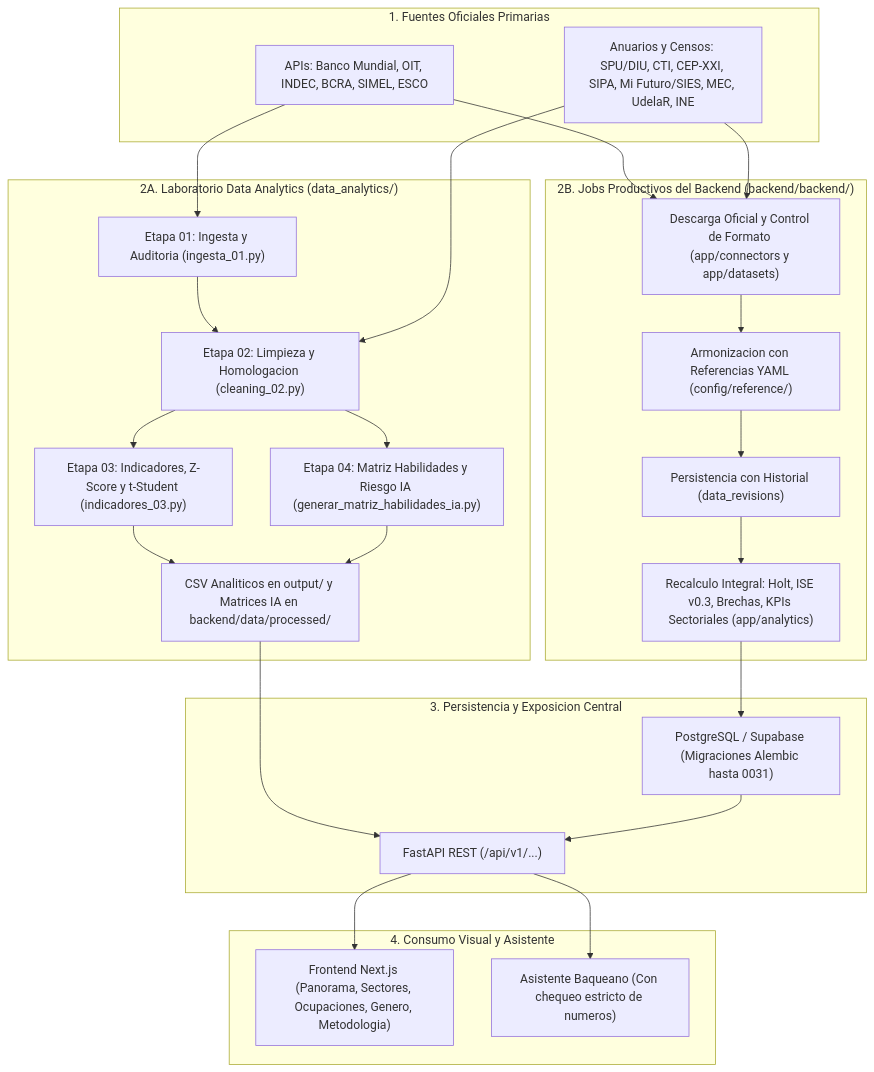
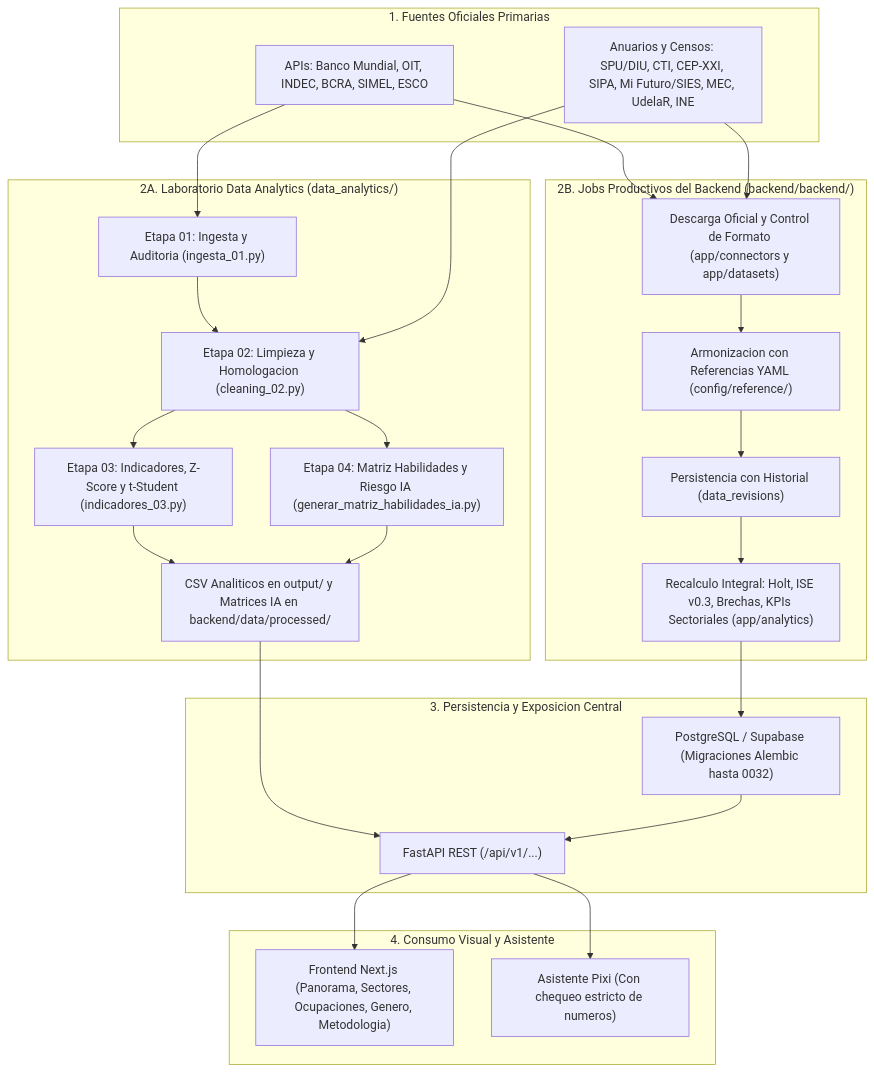
The diagram in data_analytics/README.md (e19-innovalab/observa_tendencias), drawn with Mermaid before and after one commit. The commit also changed other lines of this file and 56 other files, not shown here.

First line of the commit message:
Predix: ingreso con Google, Pixi y documentación

````diff
--- a/data_analytics/README.md
+++ b/data_analytics/README.md
@@ -71,50 +72,50 @@
 ```mermaid
 graph TD
     subgraph S1["1. Fuentes Oficiales Primarias"]
         F1["APIs: Banco Mundial, OIT, INDEC, BCRA, SIMEL, ESCO"]
         F2["Anuarios y Censos: SPU/DIU, CTI, CEP-XXI, SIPA, Mi Futuro/SIES, MEC, UdelaR, INE"]
     end
 
     subgraph S2A["2A. Laboratorio Data Analytics (data_analytics/)"]
         DA1["Etapa 01: Ingesta y Auditoria (ingesta_01.py)"]
         DA2["Etapa 02: Limpieza y Homologacion (cleaning_02.py)"]
         DA3["Etapa 03: Indicadores, Z-Score y t-Student (indicadores_03.py)"]
         DA4["Etapa 04: Matriz Habilidades y Riesgo IA (generar_matriz_habilidades_ia.py)"]
         DA_OUT["CSV Analiticos en output/ y Matrices IA en backend/data/processed/"]
         DA1 --> DA2
         DA2 --> DA3
         DA2 --> DA4
         DA3 --> DA_OUT
         DA4 --> DA_OUT
     end
 
     subgraph S2B["2B. Jobs Productivos del Backend (backend/backend/)"]
         BK1["Descarga Oficial y Control de Formato (app/connectors y app/datasets)"]
         BK2["Armonizacion con Referencias YAML (config/reference/)"]
         BK3["Persistencia con Historial (data_revisions)"]
         BK4["Recalculo Integral: Holt, ISE v0.3, Brechas, KPIs Sectoriales (app/analytics)"]
         BK1 --> BK2
         BK2 --> BK3
         BK3 --> BK4
     end
 
     subgraph S3["3. Persistencia y Exposicion Central"]
-        DB["PostgreSQL / Supabase (Migraciones Alembic hasta 0031)"]
+        DB["PostgreSQL / Supabase (Migraciones Alembic hasta 0032)"]
         API["FastAPI REST (/api/v1/...)"]
         BK4 --> DB
         DA_OUT --> API
         DB --> API
     end
 
     subgraph S4["4. Consumo Visual y Asistente"]
         UI1["Frontend Next.js (Panorama, Sectores, Ocupaciones, Genero, Metodologia)"]
-        UI2["Asistente Baqueano (Con chequeo estricto de numeros)"]
+        UI2["Asistente Pixi (Con chequeo estricto de numeros)"]
         API --> UI1
         API --> UI2
     end
 
     F1 --> DA1
     F2 --> DA2
     F1 --> BK1
     F2 --> BK1
 ```
````
